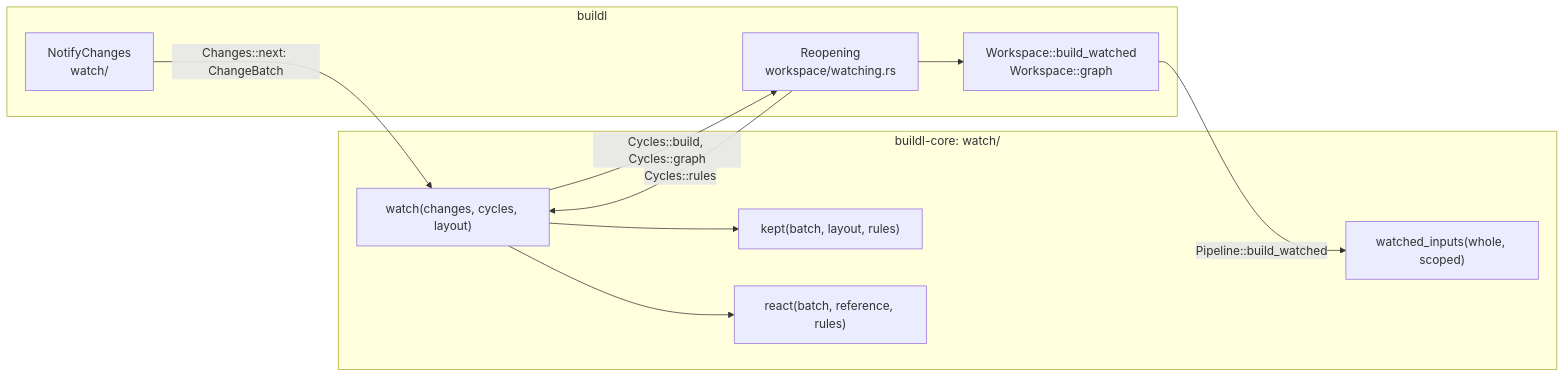
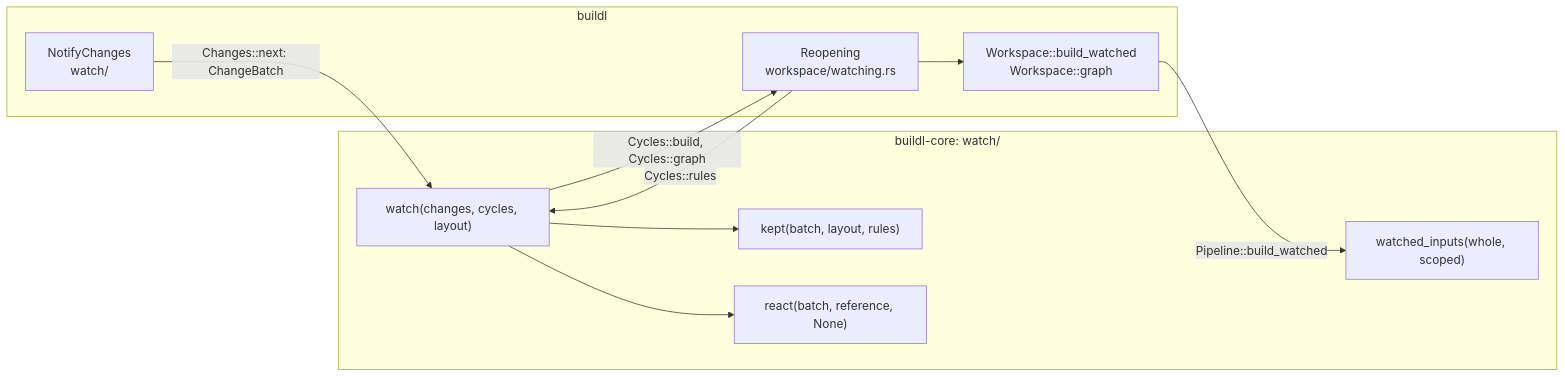
The second of 2 diagrams in book/src/ch10-00-watch.md (airsstack/buildl), drawn with Mermaid before and after one commit. The commit also changed other lines of this file and 6 other files, not shown here.

````diff
--- a/book/src/ch10-00-watch.md
+++ b/book/src/ch10-00-watch.md
@@ -155,22 +156,22 @@
 ```mermaid
 %% The loop in the core; the adapters notice files and open workspaces
 graph LR
     subgraph CORE["buildl-core: watch/"]
         LOOP["watch(changes, cycles, layout)"]
         KEPT["kept(batch, layout, rules)"]
-        REACT["react(batch, reference, rules)"]
+        REACT["react(batch, reference, None)"]
         INP["watched_inputs(whole, scoped)"]
     end
     subgraph AD["buildl"]
         NC["NotifyChanges<br/>watch/"]
         RE["Reopening<br/>workspace/watching.rs"]
         WS["Workspace::build_watched<br/>Workspace::graph"]
     end
     NC -->|"Changes::next: ChangeBatch"| LOOP
     LOOP --> KEPT
     LOOP --> REACT
     RE -->|"Cycles::rules"| LOOP
     LOOP -->|"Cycles::build, Cycles::graph"| RE
     RE --> WS
     WS -->|"Pipeline::build_watched"| INP
 ```
````
